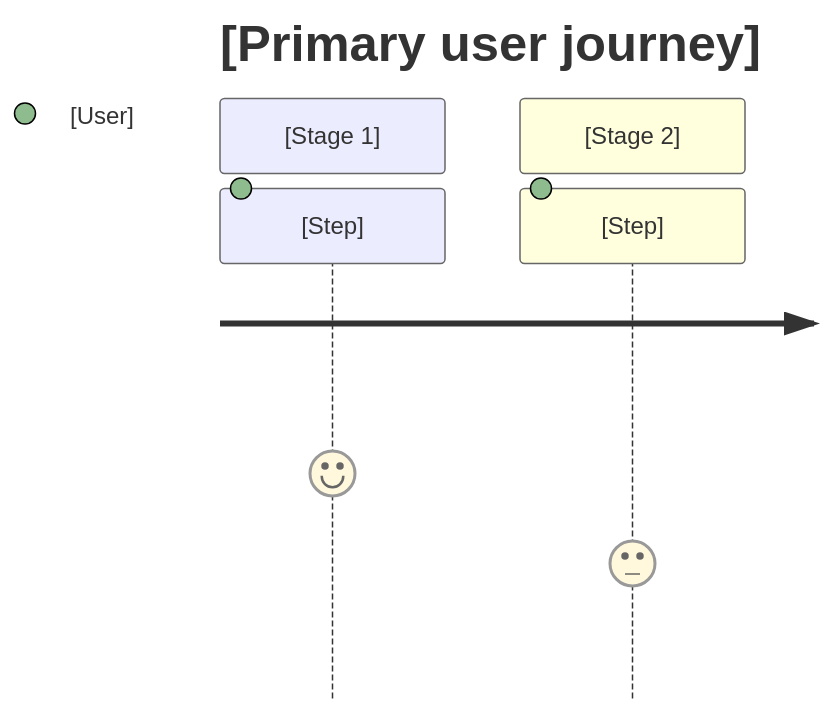
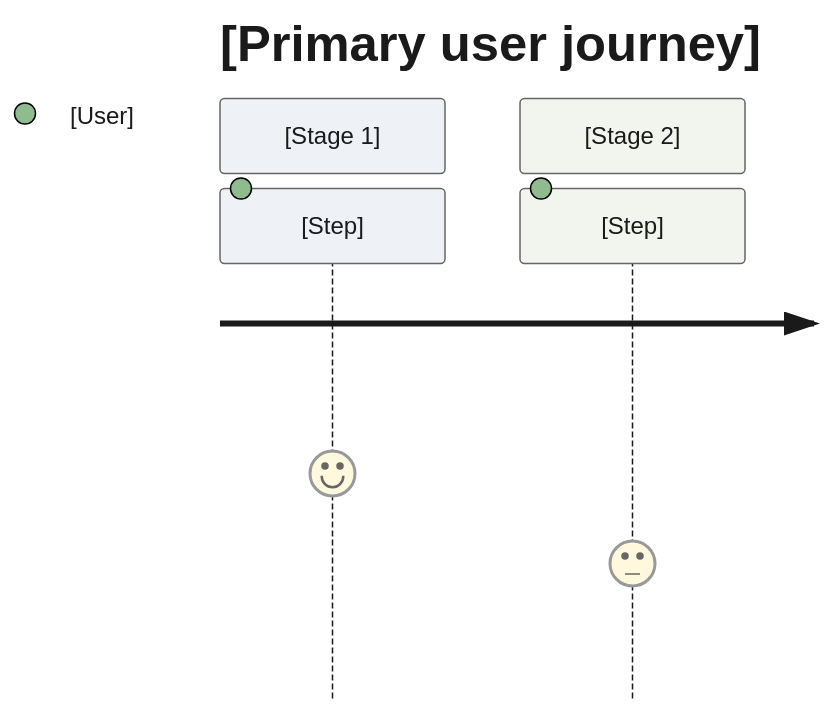
Before and after one commit to tundraray/overture: the first of 3 diagrams in skills/documentation-criteria/references/prd-template.md, drawn with Mermaid. The commit also changed other lines of this file and 60 other files, not shown here.

````diff
--- a/skills/documentation-criteria/references/prd-template.md
+++ b/skills/documentation-criteria/references/prd-template.md
@@ -53,8 +53,18 @@
 ```mermaid
+---
+config:
+  theme: base
+  look: classic
+  themeVariables:
+    primaryColor: "#eef1f5"
+    primaryBorderColor: "#4b5563"
+    primaryTextColor: "#1a1a1a"
+    lineColor: "#6b7280"
+---
 journey
     title [Primary user journey]
     section [Stage 1]
       [Step]: 5: [User]
     section [Stage 2]
       [Step]: 3: [User]
 ```
````
